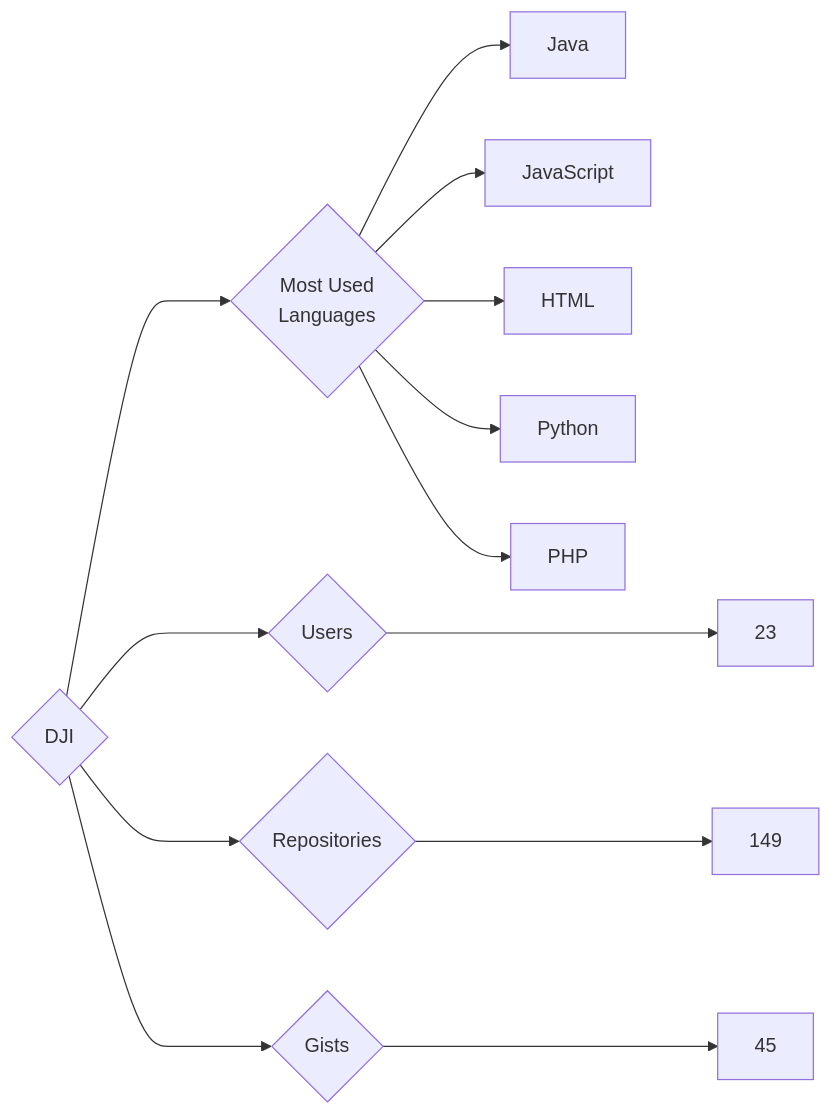
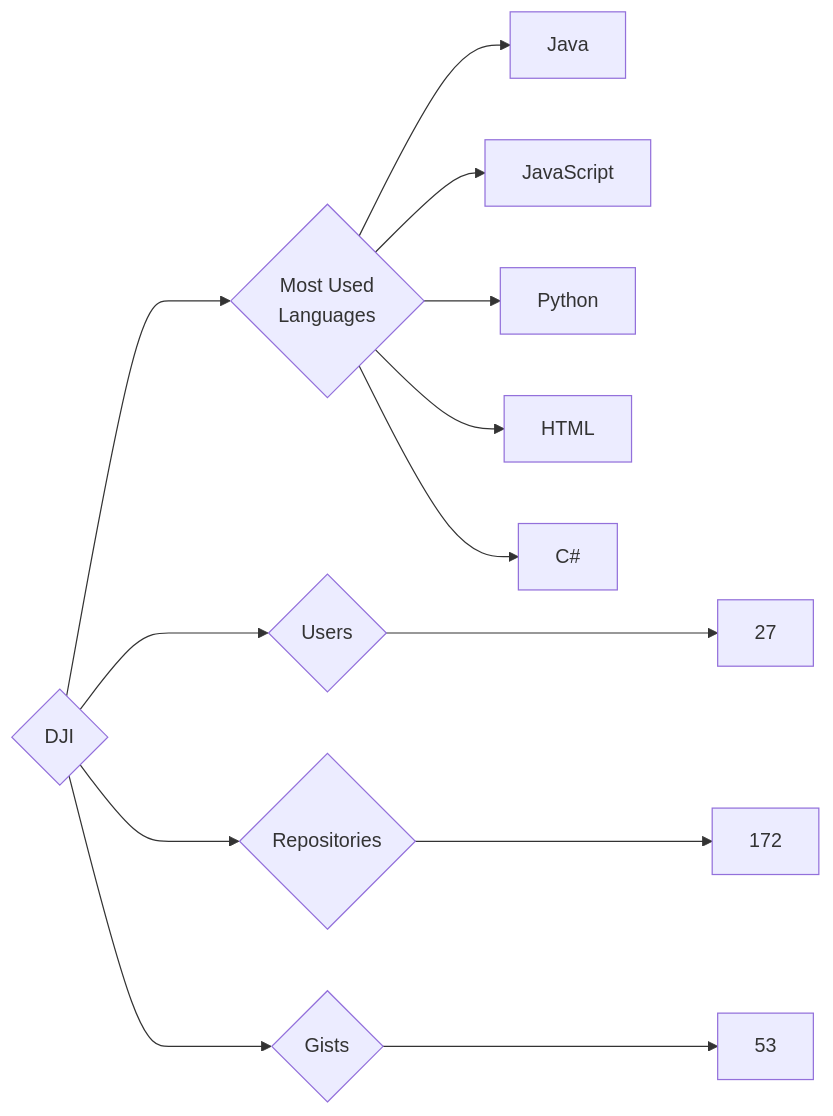
One commit to trickest/insiders changed the diagram in targets/DJI/README.md. Above: the diagram before and after it, drawn with Mermaid. The commit also changed 639 other files, not shown here.

````diff
--- a/targets/DJI/README.md
+++ b/targets/DJI/README.md
@@ -3,13 +3,13 @@
 ```mermaid
 graph LR
 COMPANY_NAME{DJI}
-COMPANY_NAME ---> U{Users} ---> UN[23]
-COMPANY_NAME ---> R{Repositories} ---> RN[149]
-COMPANY_NAME ---> G{Gists} ---> GN[45]
+COMPANY_NAME ---> U{Users} ---> UN[27]
+COMPANY_NAME ---> R{Repositories} ---> RN[172]
+COMPANY_NAME ---> G{Gists} ---> GN[53]
 COMPANY_NAME ---> ML{Most Used<br>Languages}
 ML --> Java[Java]
 ML --> JavaScript[JavaScript]
+ML --> Python[Python]
 ML --> HTML[HTML]
-ML --> Python[Python]
-ML --> PHP[PHP]
+ML --> C#[C#]
 ```
````
